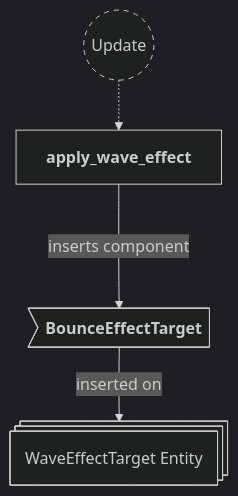
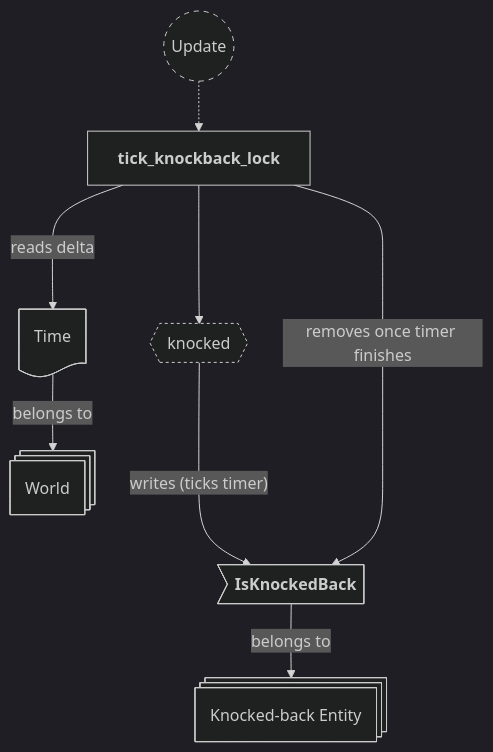
Diagram 20 of 25 in backlog/docs/doc-10 - 008-Effects-plugin.md (neurosoup/tyled), drawn with Mermaid before and after one commit. The commit also changed other lines of this file and 14 other files, not shown here.

First line of the commit message:
Add beam-origin illumination and fix knockback transform-effect race

````diff
--- a/backlog/docs/doc-10 - 008-Effects-plugin.md
+++ b/backlog/docs/doc-10 - 008-Effects-plugin.md
@@ -577,22 +832,31 @@
 ```mermaid
 ---
 config:
   theme: dark
 ---
 
 flowchart TD
 classDef system-group stroke-dasharray: 5 5
+classDef query stroke-dasharray: 3 3
 
 update(("`Update`")):::system-group
-apply_wave_effect["`**apply_wave_effect**`"]
+tick_knockback_lock["`**tick_knockback_lock**`"]
 
-update -.-> apply_wave_effect
+update -.-> tick_knockback_lock
 
-wave_entity@{ shape: st-rect, label: "WaveEffectTarget Entity" }
+knocked_query{{"`knocked`"}}:::query
+tick_knockback_lock ---> knocked_query
 
-we_bounce_target>"`**BounceEffectTarget**`"]
+knocked_entity@{ shape: st-rect, label: "Knocked-back Entity" }
 
-we_bounce_target --> |inserted on| wave_entity
+ke_is_knocked>"`**IsKnockedBack**`"] --> |belongs to| knocked_entity
 
-apply_wave_effect ---> |inserts component| we_bounce_target
+knocked_query ---> |"writes (ticks timer)"| ke_is_knocked
+tick_knockback_lock ---> |"removes once timer finishes"| ke_is_knocked
+
+world@{ shape: st-rect, label: "World" }
+time_res@{ shape: doc, label: "Time" }
+time_res --> |belongs to| world
+
+tick_knockback_lock ---> |reads delta| time_res
 ```
````
